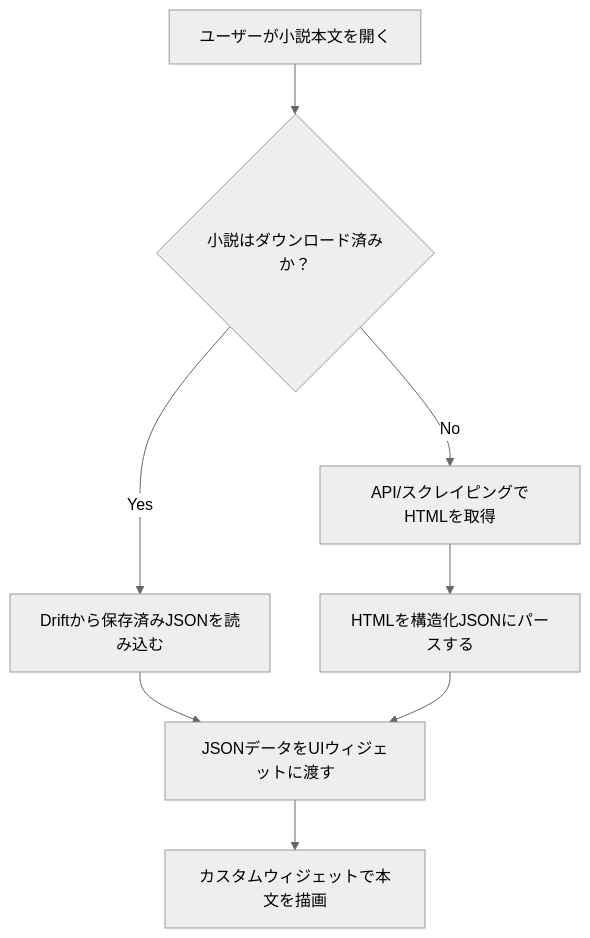
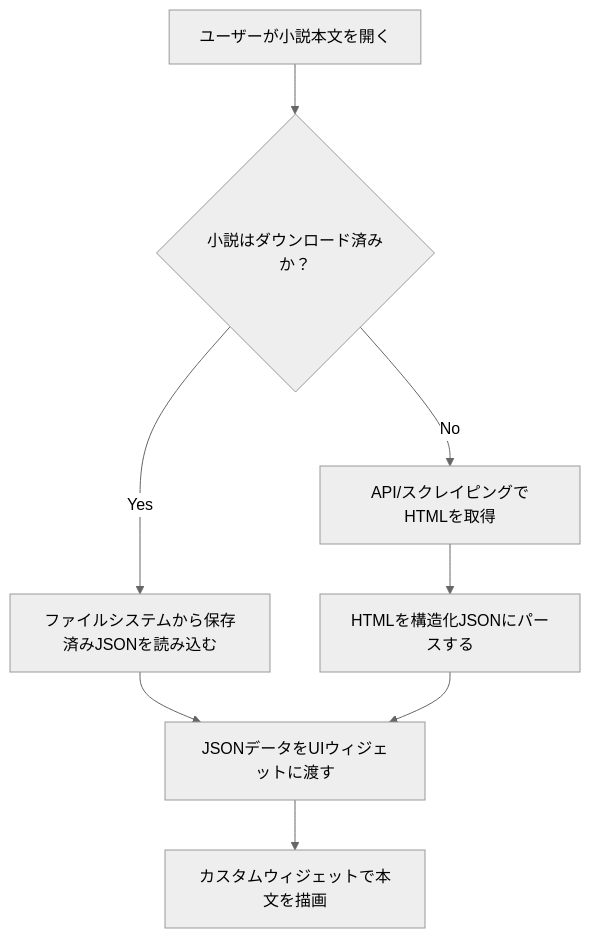
One commit to L4Ph/Novelty changed the diagram in docs/novelty/novel_download_feature.md. Above: the diagram before and after it, drawn with Mermaid (neutral theme). The commit also changed other lines of this file and 28 other files, not shown here.

````diff
--- a/docs/novelty/novel_download_feature.md
+++ b/docs/novelty/novel_download_feature.md
@@ -43,10 +44,10 @@
 ```mermaid
 graph TD
     A[ユーザーが小説本文を開く] --> B{小説はダウンロード済みか？};
-    B -- Yes --> C[Driftから保存済みJSONを読み込む];
+    B -- Yes --> C[ファイルシステムから保存済みJSONを読み込む];
     B -- No --> D[API/スクレイピングでHTMLを取得];
     D --> E[HTMLを構造化JSONにパースする];
     C --> F[JSONデータをUIウィジェットに渡す];
     E --> F;
     F --> G[カスタムウィジェットで本文を描画];
 ```
````
